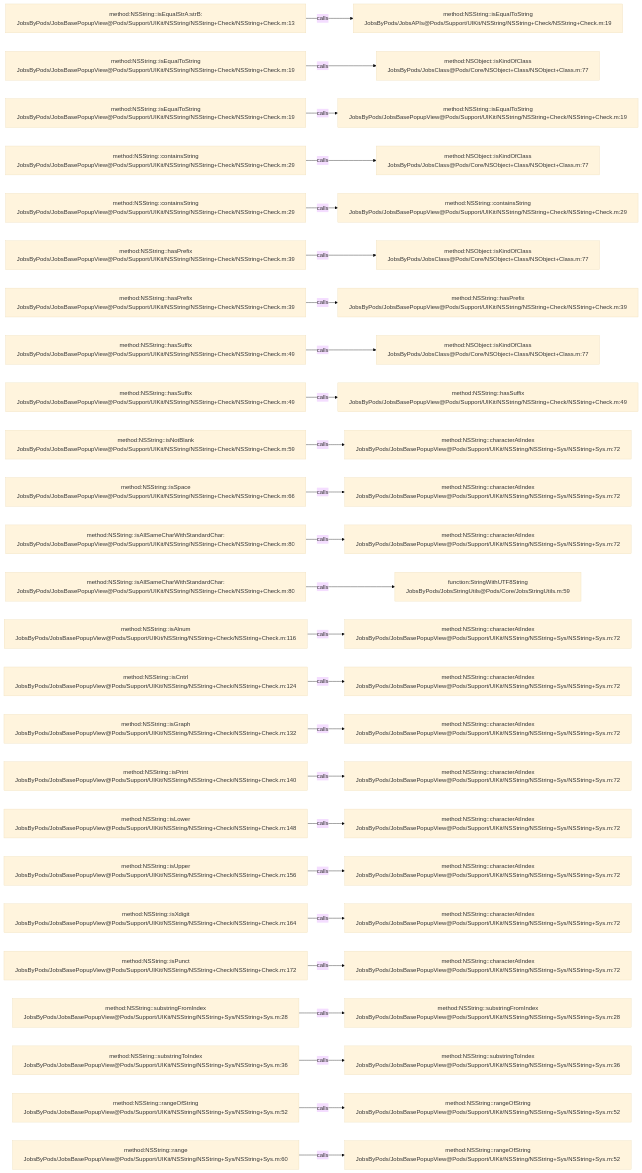
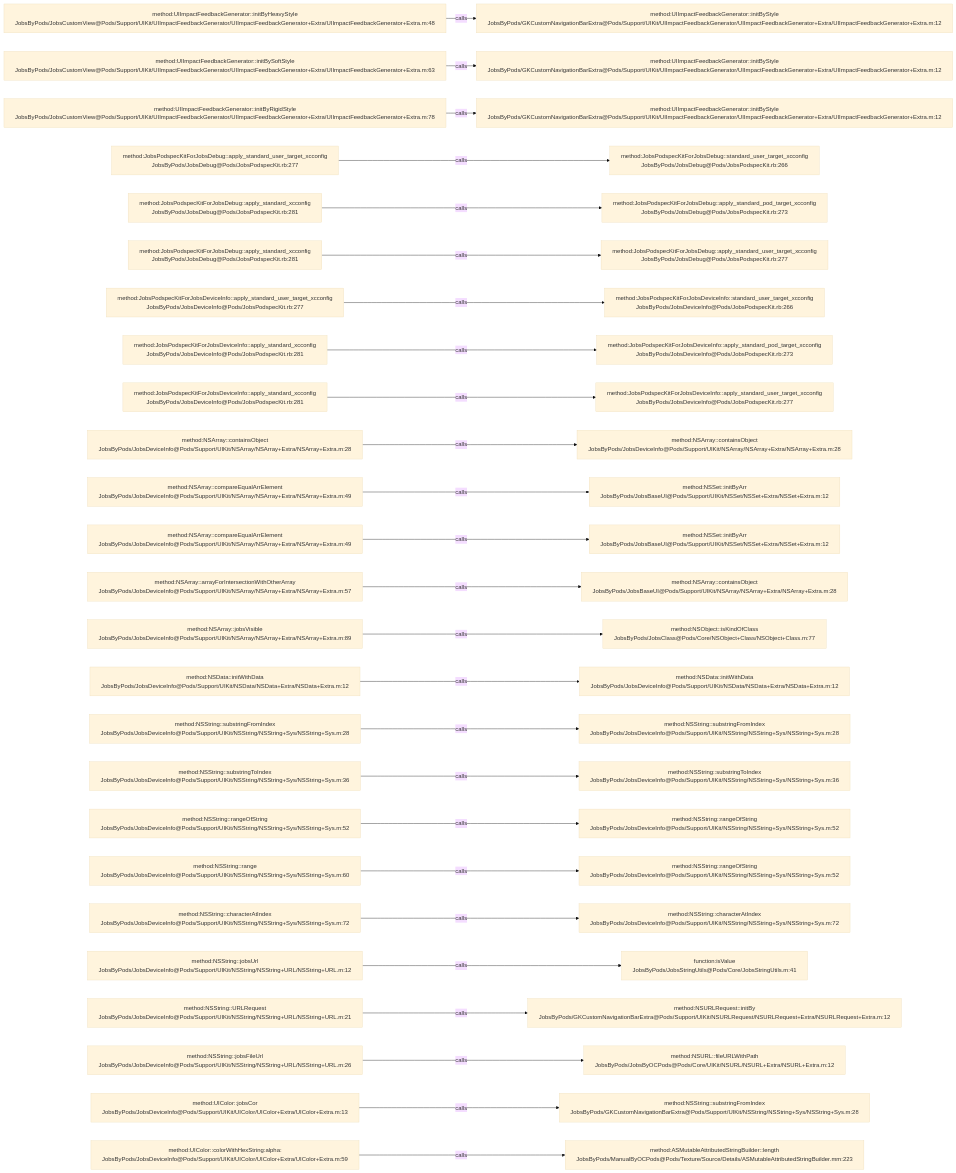
The diagram in .codegraph/codegraph.md/graphs/calls-011.md (JobsKits/JobsOCBaseConfigDemo), drawn with Mermaid (base theme) before and after one commit. The commit also changed 2162 other files, not shown here.

````diff
--- a/.codegraph/codegraph.md/graphs/calls-011.md
+++ b/.codegraph/codegraph.md/graphs/calls-011.md
@@ -13,78 +13,78 @@
 ```mermaid
 flowchart LR
-  S1["method:NSString::isEqualStrA:strB:<br/>JobsByPods/JobsBasePopupView@Pods/Support/UIKit/NSString/NSString+Check/NSString+Check.m:13"]
-  T1["method:NSString::isEqualToString<br/>JobsByPods/JobsAPIs@Pods/Support/UIKit/NSString/NSString+Check/NSString+Check.m:19"]
+  S1["method:UIImpactFeedbackGenerator::initByHeavyStyle<br/>JobsByPods/JobsCustomView@Pods/Support/UIKit/UIImpactFeedbackGenerator/UIImpactFeedbackGenerator+Extra/UIImpactFeedbackGenerator+Extra.m:48"]
+  T1["method:UIImpactFeedbackGenerator::initByStyle<br/>JobsByPods/GKCustomNavigationBarExtra@Pods/Support/UIKit/UIImpactFeedbackGenerator/UIImpactFeedbackGenerator+Extra/UIImpactFeedbackGenerator+Extra.m:12"]
   S1 -->|calls| T1
-  S2["method:NSString::isEqualToString<br/>JobsByPods/JobsBasePopupView@Pods/Support/UIKit/NSString/NSString+Check/NSString+Check.m:19"]
-  T2["method:NSObject::isKindOfClass<br/>JobsByPods/JobsClass@Pods/Core/NSObject+Class/NSObject+Class.m:77"]
+  S2["method:UIImpactFeedbackGenerator::initBySoftStyle<br/>JobsByPods/JobsCustomView@Pods/Support/UIKit/UIImpactFeedbackGenerator/UIImpactFeedbackGenerator+Extra/UIImpactFeedbackGenerator+Extra.m:63"]
+  T2["method:UIImpactFeedbackGenerator::initByStyle<br/>JobsByPods/GKCustomNavigationBarExtra@Pods/Support/UIKit/UIImpactFeedbackGenerator/UIImpactFeedbackGenerator+Extra/UIImpactFeedbackGenerator+Extra.m:12"]
   S2 -->|calls| T2
-  S3["method:NSString::isEqualToString<br/>JobsByPods/JobsBasePopupView@Pods/Support/UIKit/NSString/NSString+Check/NSString+Check.m:19"]
-  T3["method:NSString::isEqualToString<br/>JobsByPods/JobsBasePopupView@Pods/Support/UIKit/NSString/NSString+Check/NSString+Check.m:19"]
+  S3["method:UIImpactFeedbackGenerator::initByRigidStyle<br/>JobsByPods/JobsCustomView@Pods/Support/UIKit/UIImpactFeedbackGenerator/UIImpactFeedbackGenerator+Extra/UIImpactFeedbackGenerator+Extra.m:78"]
+  T3["method:UIImpactFeedbackGenerator::initByStyle<br/>JobsByPods/GKCustomNavigationBarExtra@Pods/Support/UIKit/UIImpactFeedbackGenerator/UIImpactFeedbackGenerator+Extra/UIImpactFeedbackGenerator+Extra.m:12"]
   S3 -->|calls| T3
-  S4["method:NSString::containsString<br/>JobsByPods/JobsBasePopupView@Pods/Support/UIKit/NSString/NSString+Check/NSString+Check.m:29"]
-  T4["method:NSObject::isKindOfClass<br/>JobsByPods/JobsClass@Pods/Core/NSObject+Class/NSObject+Class.m:77"]
+  S4["method:JobsPodspecKitForJobsDebug::apply_standard_user_target_xcconfig<br/>JobsByPods/JobsDebug@Pods/JobsPodspecKit.rb:277"]
+  T4["method:JobsPodspecKitForJobsDebug::standard_user_target_xcconfig<br/>JobsByPods/JobsDebug@Pods/JobsPodspecKit.rb:266"]
   S4 -->|calls| T4
-  S5["method:NSString::containsString<br/>JobsByPods/JobsBasePopupView@Pods/Support/UIKit/NSString/NSString+Check/NSString+Check.m:29"]
-  T5["method:NSString::containsString<br/>JobsByPods/JobsBasePopupView@Pods/Support/UIKit/NSString/NSString+Check/NSString+Check.m:29"]
+  S5["method:JobsPodspecKitForJobsDebug::apply_standard_xcconfig<br/>JobsByPods/JobsDebug@Pods/JobsPodspecKit.rb:281"]
+  T5["method:JobsPodspecKitForJobsDebug::apply_standard_pod_target_xcconfig<br/>JobsByPods/JobsDebug@Pods/JobsPodspecKit.rb:273"]
   S5 -->|calls| T5
-  S6["method:NSString::hasPrefix<br/>JobsByPods/JobsBasePopupView@Pods/Support/UIKit/NSString/NSString+Check/NSString+Check.m:39"]
-  T6["method:NSObject::isKindOfClass<br/>JobsByPods/JobsClass@Pods/Core/NSObject+Class/NSObject+Class.m:77"]
+  S6["method:JobsPodspecKitForJobsDebug::apply_standard_xcconfig<br/>JobsByPods/JobsDebug@Pods/JobsPodspecKit.rb:281"]
+  T6["method:JobsPodspecKitForJobsDebug::apply_standard_user_target_xcconfig<br/>JobsByPods/JobsDebug@Pods/JobsPodspecKit.rb:277"]
   S6 -->|calls| T6
-  S7["method:NSString::hasPrefix<br/>JobsByPods/JobsBasePopupView@Pods/Support/UIKit/NSString/NSString+Check/NSString+Check.m:39"]
-  T7["method:NSString::hasPrefix<br/>JobsByPods/JobsBasePopupView@Pods/Support/UIKit/NSString/NSString+Check/NSString+Check.m:39"]
+  S7["method:JobsPodspecKitForJobsDeviceInfo::apply_standard_user_target_xcconfig<br/>JobsByPods/JobsDeviceInfo@Pods/JobsPodspecKit.rb:277"]
+  T7["method:JobsPodspecKitForJobsDeviceInfo::standard_user_target_xcconfig<br/>JobsByPods/JobsDeviceInfo@Pods/JobsPodspecKit.rb:266"]
   S7 -->|calls| T7
-  S8["method:NSString::hasSuffix<br/>JobsByPods/JobsBasePopupView@Pods/Support/UIKit/NSString/NSString+Check/NSString+Check.m:49"]
-  T8["method:NSObject::isKindOfClass<br/>JobsByPods/JobsClass@Pods/Core/NSObject+Class/NSObject+Class.m:77"]
+  S8["method:JobsPodspecKitForJobsDeviceInfo::apply_standard_xcconfig<br/>JobsByPods/JobsDeviceInfo@Pods/JobsPodspecKit.rb:281"]
+  T8["method:JobsPodspecKitForJobsDeviceInfo::apply_standard_pod_target_xcconfig<br/>JobsByPods/JobsDeviceInfo@Pods/JobsPodspecKit.rb:273"]
   S8 -->|calls| T8
-  S9["method:NSString::hasSuffix<br/>JobsByPods/JobsBasePopupView@Pods/Support/UIKit/NSString/NSString+Check/NSString+Check.m:49"]
-  T9["method:NSString::hasSuffix<br/>JobsByPods/JobsBasePopupView@Pods/Support/UIKit/NSString/NSString+Check/NSString+Check.m:49"]
+  S9["method:JobsPodspecKitForJobsDeviceInfo::apply_standard_xcconfig<br/>JobsByPods/JobsDeviceInfo@Pods/JobsPodspecKit.rb:281"]
+  T9["method:JobsPodspecKitForJobsDeviceInfo::apply_standard_user_target_xcconfig<br/>JobsByPods/JobsDeviceInfo@Pods/JobsPodspecKit.rb:277"]
   S9 -->|calls| T9
-  S10["method:NSString::isNotBlank<br/>JobsByPods/JobsBasePopupView@Pods/Support/UIKit/NSString/NSString+Check/NSString+Check.m:59"]
-  T10["method:NSString::characterAtIndex<br/>JobsByPods/JobsBasePopupView@Pods/Support/UIKit/NSString/NSString+Sys/NSString+Sys.m:72"]
+  S10["method:NSArray::containsObject<br/>JobsByPods/JobsDeviceInfo@Pods/Support/UIKit/NSArray/NSArray+Extra/NSArray+Extra.m:28"]
+  T10["method:NSArray::containsObject<br/>JobsByPods/JobsDeviceInfo@Pods/Support/UIKit/NSArray/NSArray+Extra/NSArray+Extra.m:28"]
   S10 -->|calls| T10
-  S11["method:NSString::isSpace<br/>JobsByPods/JobsBasePopupView@Pods/Support/UIKit/NSString/NSString+Check/NSString+Check.m:66"]
-  T11["method:NSString::characterAtIndex<br/>JobsByPods/JobsBasePopupView@Pods/Support/UIKit/NSString/NSString+Sys/NSString+Sys.m:72"]
+  S11["method:NSArray::compareEqualArrElement<br/>JobsByPods/JobsDeviceInfo@Pods/Support/UIKit/NSArray/NSArray+Extra/NSArray+Extra.m:49"]
+  T11["method:NSSet::initByArr<br/>JobsByPods/JobsBaseUI@Pods/Support/UIKit/NSSet/NSSet+Extra/NSSet+Extra.m:12"]
   S11 -->|calls| T11
-  S12["method:NSString::isAllSameCharWithStandardChar:<br/>JobsByPods/JobsBasePopupView@Pods/Support/UIKit/NSString/NSString+Check/NSString+Check.m:80"]
-  T12["method:NSString::characterAtIndex<br/>JobsByPods/JobsBasePopupView@Pods/Support/UIKit/NSString/NSString+Sys/NSString+Sys.m:72"]
+  S12["method:NSArray::compareEqualArrElement<br/>JobsByPods/JobsDeviceInfo@Pods/Support/UIKit/NSArray/NSArray+Extra/NSArray+Extra.m:49"]
+  T12["method:NSSet::initByArr<br/>JobsByPods/JobsBaseUI@Pods/Support/UIKit/NSSet/NSSet+Extra/NSSet+Extra.m:12"]
   S12 -->|calls| T12
-  S13["method:NSString::isAllSameCharWithStandardChar:<br/>JobsByPods/JobsBasePopupView@Pods/Support/UIKit/NSString/NSString+Check/NSString+Check.m:80"]
-  T13["function:StringWithUTF8String<br/>JobsByPods/JobsStringUtils@Pods/Core/JobsStringUtils.m:59"]
+  S13["method:NSArray::arrayForIntersectionWithOtherArray<br/>JobsByPods/JobsDeviceInfo@Pods/Support/UIKit/NSArray/NSArray+Extra/NSArray+Extra.m:57"]
+  T13["method:NSArray::containsObject<br/>JobsByPods/JobsBaseUI@Pods/Support/UIKit/NSArray/NSArray+Extra/NSArray+Extra.m:28"]
   S13 -->|calls| T13
-  S14["method:NSString::isAlnum<br/>JobsByPods/JobsBasePopupView@Pods/Support/UIKit/NSString/NSString+Check/NSString+Check.m:116"]
-  T14["method:NSString::characterAtIndex<br/>JobsByPods/JobsBasePopupView@Pods/Support/UIKit/NSString/NSString+Sys/NSString+Sys.m:72"]
+  S14["method:NSArray::jobsVisible<br/>JobsByPods/JobsDeviceInfo@Pods/Support/UIKit/NSArray/NSArray+Extra/NSArray+Extra.m:89"]
+  T14["method:NSObject::isKindOfClass<br/>JobsByPods/JobsClass@Pods/Core/NSObject+Class/NSObject+Class.m:77"]
   S14 -->|calls| T14
-  S15["method:NSString::isCntrl<br/>JobsByPods/JobsBasePopupView@Pods/Support/UIKit/NSString/NSString+Check/NSString+Check.m:124"]
-  T15["method:NSString::characterAtIndex<br/>JobsByPods/JobsBasePopupView@Pods/Support/UIKit/NSString/NSString+Sys/NSString+Sys.m:72"]
+  S15["method:NSData::initWithData<br/>JobsByPods/JobsDeviceInfo@Pods/Support/UIKit/NSData/NSData+Extra/NSData+Extra.m:12"]
+  T15["method:NSData::initWithData<br/>JobsByPods/JobsDeviceInfo@Pods/Support/UIKit/NSData/NSData+Extra/NSData+Extra.m:12"]
   S15 -->|calls| T15
-  S16["method:NSString::isGraph<br/>JobsByPods/JobsBasePopupView@Pods/Support/UIKit/NSString/NSString+Check/NSString+Check.m:132"]
-  T16["method:NSString::characterAtIndex<br/>JobsByPods/JobsBasePopupView@Pods/Support/UIKit/NSString/NSString+Sys/NSString+Sys.m:72"]
+  S16["method:NSString::substringFromIndex<br/>JobsByPods/JobsDeviceInfo@Pods/Support/UIKit/NSString/NSString+Sys/NSString+Sys.m:28"]
+  T16["method:NSString::substringFromIndex<br/>JobsByPods/JobsDeviceInfo@Pods/Support/UIKit/NSString/NSString+Sys/NSString+Sys.m:28"]
   S16 -->|calls| T16
-  S17["method:NSString::isPrint<br/>JobsByPods/JobsBasePopupView@Pods/Support/UIKit/NSString/NSString+Check/NSString+Check.m:140"]
-  T17["method:NSString::characterAtIndex<br/>JobsByPods/JobsBasePopupView@Pods/Support/UIKit/NSString/NSString+Sys/NSString+Sys.m:72"]
+  S17["method:NSString::substringToIndex<br/>JobsByPods/JobsDeviceInfo@Pods/Support/UIKit/NSString/NSString+Sys/NSString+Sys.m:36"]
+  T17["method:NSString::substringToIndex<br/>JobsByPods/JobsDeviceInfo@Pods/Support/UIKit/NSString/NSString+Sys/NSString+Sys.m:36"]
   S17 -->|calls| T17
-  S18["method:NSString::isLower<br/>JobsByPods/JobsBasePopupView@Pods/Support/UIKit/NSString/NSString+Check/NSString+Check.m:148"]
-  T18["method:NSString::characterAtIndex<br/>JobsByPods/JobsBasePopupView@Pods/Support/UIKit/NSString/NSString+Sys/NSString+Sys.m:72"]
+  S18["method:NSString::rangeOfString<br/>JobsByPods/JobsDeviceInfo@Pods/Support/UIKit/NSString/NSString+Sys/NSString+Sys.m:52"]
+  T18["method:NSString::rangeOfString<br/>JobsByPods/JobsDeviceInfo@Pods/Support/UIKit/NSString/NSString+Sys/NSString+Sys.m:52"]
   S18 -->|calls| T18
-  S19["method:NSString::isUpper<br/>JobsByPods/JobsBasePopupView@Pods/Support/UIKit/NSString/NSString+Check/NSString+Check.m:156"]
-  T19["method:NSString::characterAtIndex<br/>JobsByPods/JobsBasePopupView@Pods/Support/UIKit/NSString/NSString+Sys/NSString+Sys.m:72"]
+  S19["method:NSString::range<br/>JobsByPods/JobsDeviceInfo@Pods/Support/UIKit/NSString/NSString+Sys/NSString+Sys.m:60"]
+  T19["method:NSString::rangeOfString<br/>JobsByPods/JobsDeviceInfo@Pods/Support/UIKit/NSString/NSString+Sys/NSString+Sys.m:52"]
   S19 -->|calls| T19
-  S20["method:NSString::isXdigit<br/>JobsByPods/JobsBasePopupView@Pods/Support/UIKit/NSString/NSString+Check/NSString+Check.m:164"]
-  T20["method:NSString::characterAtIndex<br/>JobsByPods/JobsBasePopupView@Pods/Support/UIKit/NSString/NSString+Sys/NSString+Sys.m:72"]
+  S20["method:NSString::characterAtIndex<br/>JobsByPods/JobsDeviceInfo@Pods/Support/UIKit/NSString/NSString+Sys/NSString+Sys.m:72"]
+  T20["method:NSString::characterAtIndex<br/>JobsByPods/JobsDeviceInfo@Pods/Support/UIKit/NSString/NSString+Sys/NSString+Sys.m:72"]
   S20 -->|calls| T20
-  S21["method:NSString::isPunct<br/>JobsByPods/JobsBasePopupView@Pods/Support/UIKit/NSString/NSString+Check/NSString+Check.m:172"]
-  T21["method:NSString::characterAtIndex<br/>JobsByPods/JobsBasePopupView@Pods/Support/UIKit/NSString/NSString+Sys/NSString+Sys.m:72"]
+  S21["method:NSString::jobsUrl<br/>JobsByPods/JobsDeviceInfo@Pods/Support/UIKit/NSString/NSString+URL/NSString+URL.m:12"]
+  T21["function:isValue<br/>JobsByPods/JobsStringUtils@Pods/Core/JobsStringUtils.m:41"]
   S21 -->|calls| T21
-  S22["method:NSString::substringFromIndex<br/>JobsByPods/JobsBasePopupView@Pods/Support/UIKit/NSString/NSString+Sys/NSString+Sys.m:28"]
-  T22["method:NSString::substringFromIndex<br/>JobsByPods/JobsBasePopupView@Pods/Support/UIKit/NSString/NSString+Sys/NSString+Sys.m:28"]
+  S22["method:NSString::URLRequest<br/>JobsByPods/JobsDeviceInfo@Pods/Support/UIKit/NSString/NSString+URL/NSString+URL.m:21"]
+  T22["method:NSURLRequest::initBy<br/>JobsByPods/GKCustomNavigationBarExtra@Pods/Support/UIKit/NSURLRequest/NSURLRequest+Extra/NSURLRequest+Extra.m:12"]
   S22 -->|calls| T22
-  S23["method:NSString::substringToIndex<br/>JobsByPods/JobsBasePopupView@Pods/Support/UIKit/NSString/NSString+Sys/NSString+Sys.m:36"]
-  T23["method:NSString::substringToIndex<br/>JobsByPods/JobsBasePopupView@Pods/Support/UIKit/NSString/NSString+Sys/NSString+Sys.m:36"]
+  S23["method:NSString::jobsFileUrl<br/>JobsByPods/JobsDeviceInfo@Pods/Support/UIKit/NSString/NSString+URL/NSString+URL.m:26"]
+  T23["method:NSURL::fileURLWithPath<br/>JobsByPods/JobsByOCPods@Pods/Core/UIKit/NSURL/NSURL+Extra/NSURL+Extra.m:12"]
   S23 -->|calls| T23
-  S24["method:NSString::rangeOfString<br/>JobsByPods/JobsBasePopupView@Pods/Support/UIKit/NSString/NSString+Sys/NSString+Sys.m:52"]
-  T24["method:NSString::rangeOfString<br/>JobsByPods/JobsBasePopupView@Pods/Support/UIKit/NSString/NSString+Sys/NSString+Sys.m:52"]
+  S24["method:UIColor::jobsCor<br/>JobsByPods/JobsDeviceInfo@Pods/Support/UIKit/UIColor/UIColor+Extra/UIColor+Extra.m:13"]
+  T24["method:NSString::substringFromIndex<br/>JobsByPods/GKCustomNavigationBarExtra@Pods/Support/UIKit/NSString/NSString+Sys/NSString+Sys.m:28"]
   S24 -->|calls| T24
-  S25["method:NSString::range<br/>JobsByPods/JobsBasePopupView@Pods/Support/UIKit/NSString/NSString+Sys/NSString+Sys.m:60"]
-  T25["method:NSString::rangeOfString<br/>JobsByPods/JobsBasePopupView@Pods/Support/UIKit/NSString/NSString+Sys/NSString+Sys.m:52"]
+  S25["method:UIColor::colorWithHexString:alpha:<br/>JobsByPods/JobsDeviceInfo@Pods/Support/UIKit/UIColor/UIColor+Extra/UIColor+Extra.m:59"]
+  T25["method:ASMutableAttributedStringBuilder::length<br/>JobsByPods/ManualByOCPods@Pods/Texture/Source/Details/ASMutableAttributedStringBuilder.mm:223"]
   S25 -->|calls| T25
 ```
````
